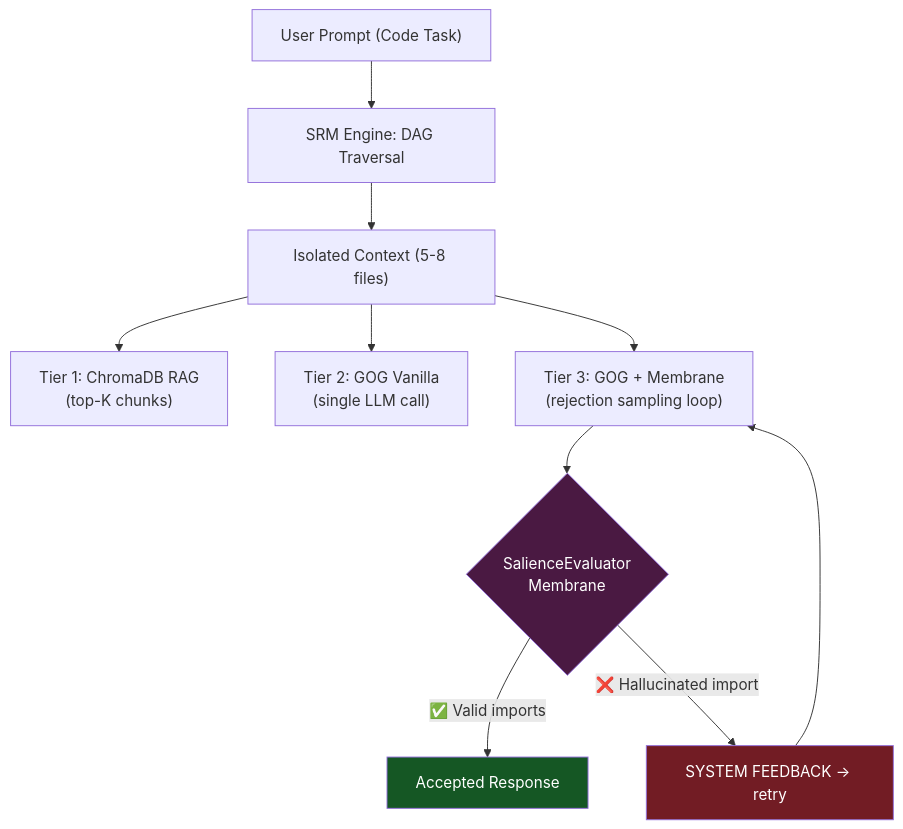
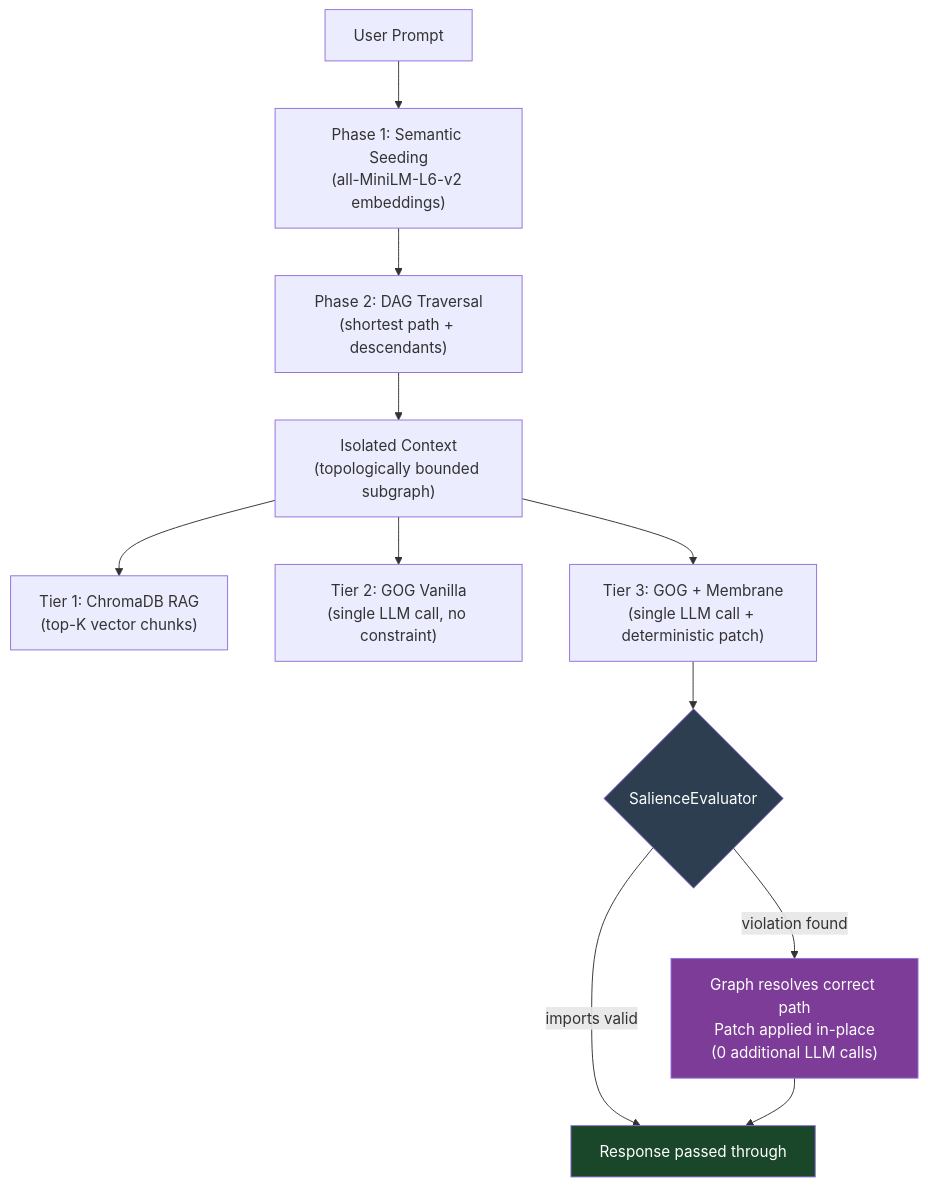
Before and after one commit to pranavXDHEYY/graph-oriented-generation: the diagram in README.md, drawn with Mermaid. The commit also changed other lines of this file and 8 other files, not shown here.

````diff
--- a/README.md
+++ b/README.md
@@ -152,18 +46,19 @@
 ```mermaid
 flowchart TD
-    P["User Prompt (Code Task)"] --> G["SRM Engine: DAG Traversal"]
-    G --> ISO["Isolated Context (5-8 files)"]
-    
-    ISO --> T1["Tier 1: ChromaDB RAG\n(top-K chunks)"]
-    ISO --> T2["Tier 2: GOG Vanilla\n(single LLM call)"]
-    ISO --> T3["Tier 3: GOG + Membrane\n(rejection sampling loop)"]
+    P["User Prompt"] --> S["Phase 1: Semantic Seeding\n(all-MiniLM-L6-v2 embeddings)"]
+    S --> T["Phase 2: DAG Traversal\n(shortest path + descendants)"]
+    T --> ISO["Isolated Context\n(topologically bounded subgraph)"]
 
-    T3 --> MEM{"SalienceEvaluator\nMembrane"}
-    MEM -- "✅ Valid imports" --> OUT["Accepted Response"]
-    MEM -- "❌ Hallucinated import" --> FB["SYSTEM FEEDBACK → retry"]
-    FB --> T3
+    ISO --> T1["Tier 1: ChromaDB RAG\n(top-K vector chunks)"]
+    ISO --> T2["Tier 2: GOG Vanilla\n(single LLM call, no constraint)"]
+    ISO --> T3["Tier 3: GOG + Membrane\n(single LLM call + deterministic patch)"]
 
-    style MEM fill:#4a1942,color:#fff
-    style OUT fill:#155724,color:#fff
-    style FB fill:#721c24,color:#fff
+    T3 --> MEM{"SalienceEvaluator"}
+    MEM -- "imports valid" --> OUT["Response passed through"]
+    MEM -- "violation found" --> PATCH["Graph resolves correct path\nPatch applied in-place\n(0 additional LLM calls)"]
+    PATCH --> OUT
+
+    style MEM fill:#2c3e50,color:#fff
+    style OUT fill:#1a472a,color:#fff
+    style PATCH fill:#7d3c98,color:#fff
 ```
````
